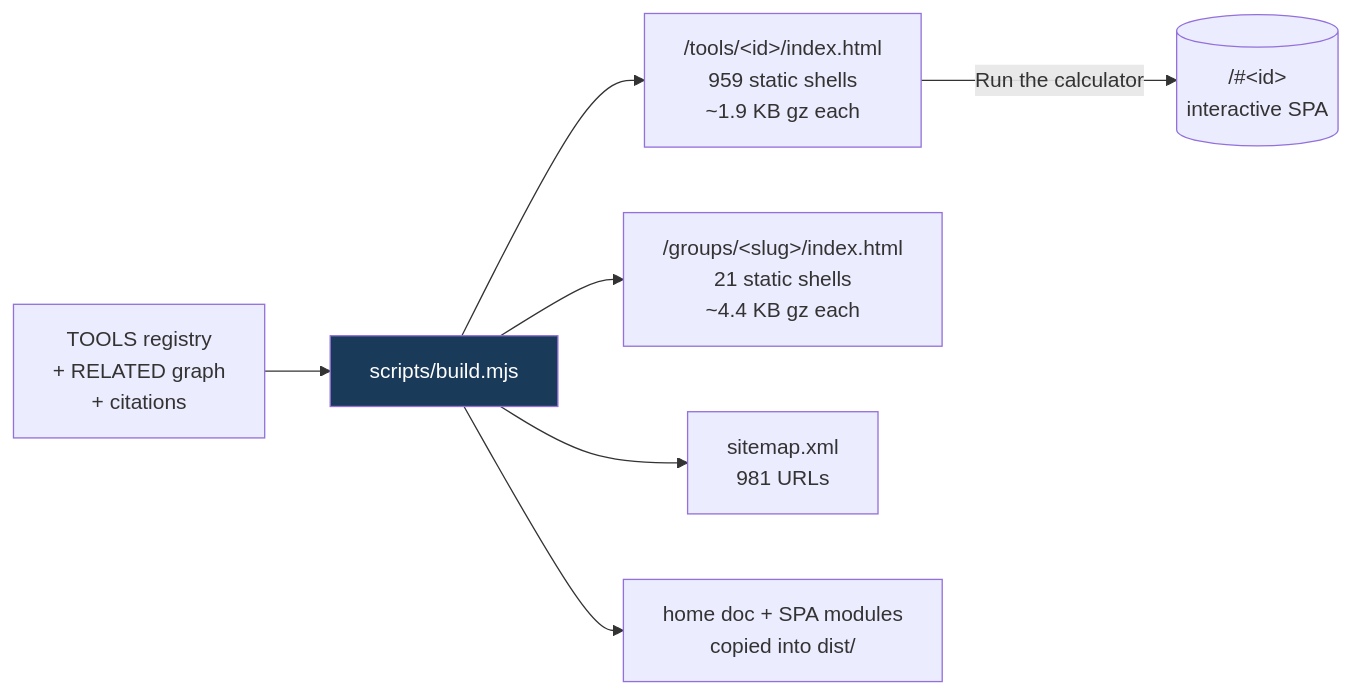
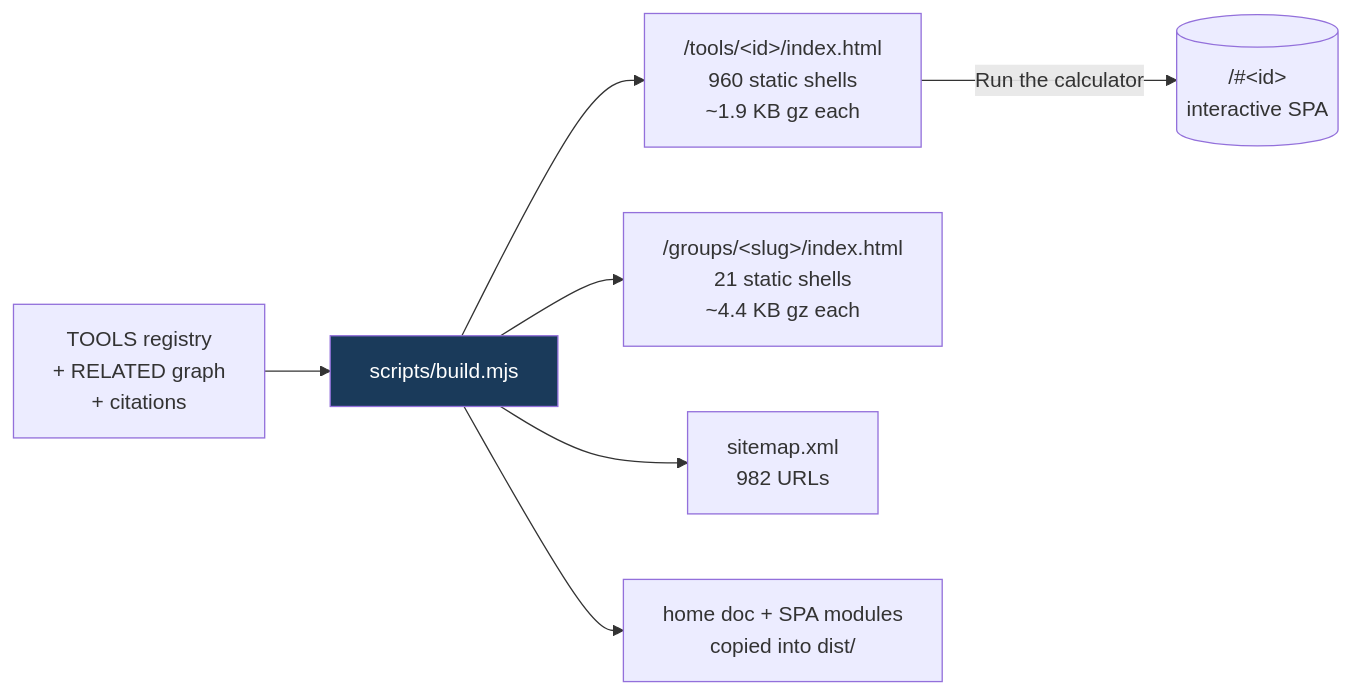
The fifth of 8 diagrams in README.md (clay-good/roughlogic.com), drawn with Mermaid before and after one commit. The commit also changed other lines of this file and 12 other files, not shown here.

````diff
--- a/README.md
+++ b/README.md
@@ -495,10 +495,10 @@
 ```mermaid
 flowchart LR
     SRC[TOOLS registry\n+ RELATED graph\n+ citations] --> BUILD[scripts/build.mjs]
-    BUILD --> TILE["/tools/&lt;id&gt;/index.html\n959 static shells\n~1.9 KB gz each"]
+    BUILD --> TILE["/tools/&lt;id&gt;/index.html\n960 static shells\n~1.9 KB gz each"]
     BUILD --> GROUP["/groups/&lt;slug&gt;/index.html\n21 static shells\n~4.4 KB gz each"]
-    BUILD --> MAP["sitemap.xml\n981 URLs"]
+    BUILD --> MAP["sitemap.xml\n982 URLs"]
     BUILD --> COPY[home doc + SPA modules\ncopied into dist/]
     TILE -->|Run the calculator| SPA[("/#&lt;id&gt;\ninteractive SPA")]
     style BUILD fill:#1a3a5a,color:#fff
 ```
````
